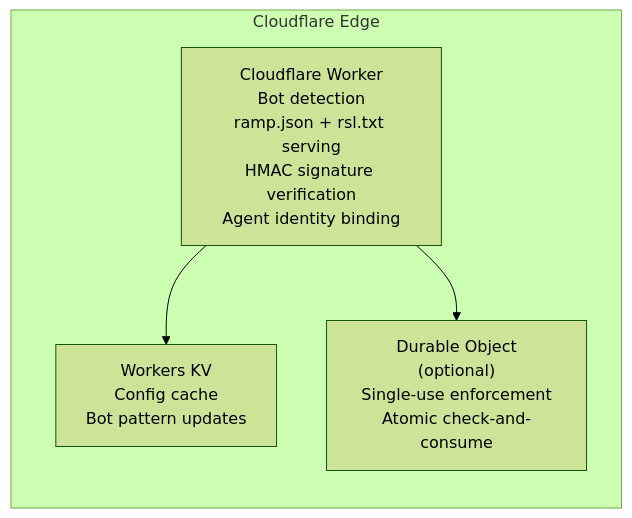
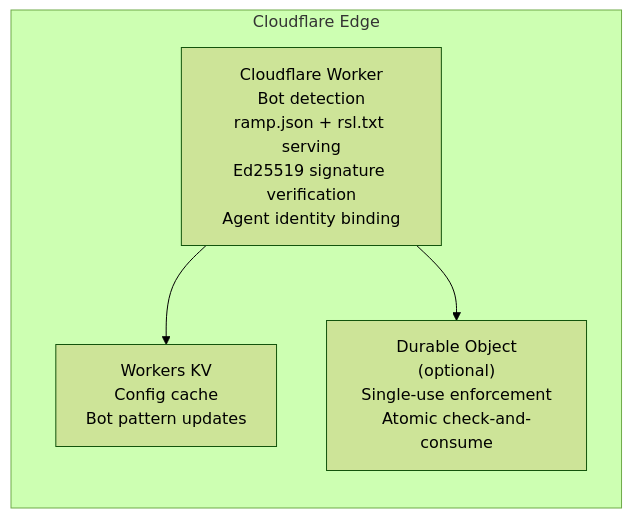
One commit to RAMP-Protocol/protocol changed the second of 3 diagrams in website/src/content/docs/components/edge-function/cdn-adapters.mdx. Above: the diagram before and after it, drawn with Mermaid (forest theme). The commit also changed other lines of this file and 2 other files, not shown here.

````diff
--- a/website/src/content/docs/components/edge-function/cdn-adapters.mdx
+++ b/website/src/content/docs/components/edge-function/cdn-adapters.mdx
@@ -230,11 +230,11 @@
 ```mermaid
 graph LR
     subgraph "Cloudflare Edge"
-        WORKER["Cloudflare Worker<br/>Bot detection<br/>ramp.json + rsl.txt serving<br/>HMAC signature verification<br/>Agent identity binding"]
+        WORKER["Cloudflare Worker<br/>Bot detection<br/>ramp.json + rsl.txt serving<br/>Ed25519 signature verification<br/>Agent identity binding"]
         KV["Workers KV<br/>Config cache<br/>Bot pattern updates"]
         DO["Durable Object<br/>(optional)<br/>Single-use enforcement<br/>Atomic check-and-consume"]
     end
 
     WORKER --> KV
     WORKER --> DO
 ```
````
